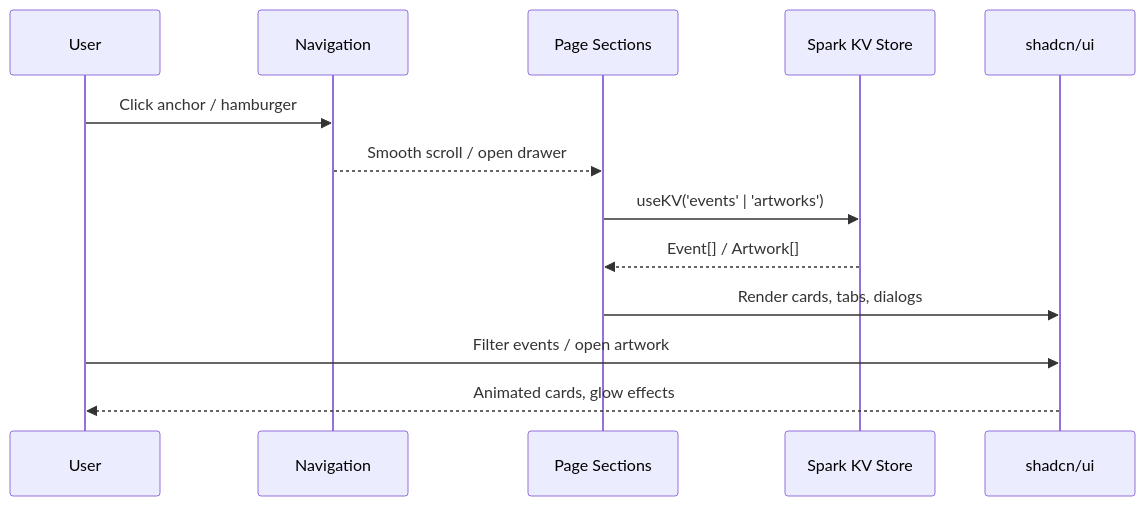
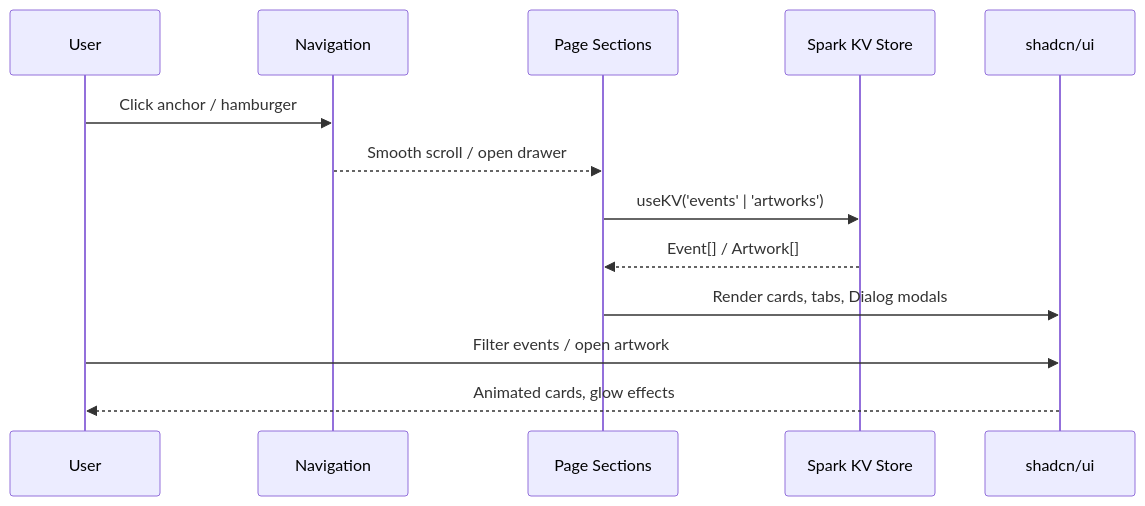
The second of 8 diagrams in README.md (Tim-Spurlin/the-kraken-lounge), drawn with Mermaid before and after one commit. The commit also changed other lines of this file, not shown here.

Commit message:
Normalize dialog terminology

````diff
--- a/README.md
+++ b/README.md
@@ -107,16 +107,16 @@
 ```mermaid
 sequenceDiagram
     participant User
     participant Nav as Navigation
     participant Sections as Page Sections
     participant KV as Spark KV Store
     participant UI as shadcn/ui
 
     User->>Nav: Click anchor / hamburger
     Nav-->>Sections: Smooth scroll / open drawer
     Sections->>KV: useKV('events' | 'artworks')
     KV-->>Sections: Event[] / Artwork[]
-    Sections->>UI: Render cards, tabs, dialogs
+    Sections->>UI: Render cards, tabs, Dialog modals
     User->>UI: Filter events / open artwork
     UI-->>User: Animated cards, glow effects
 ```
````
